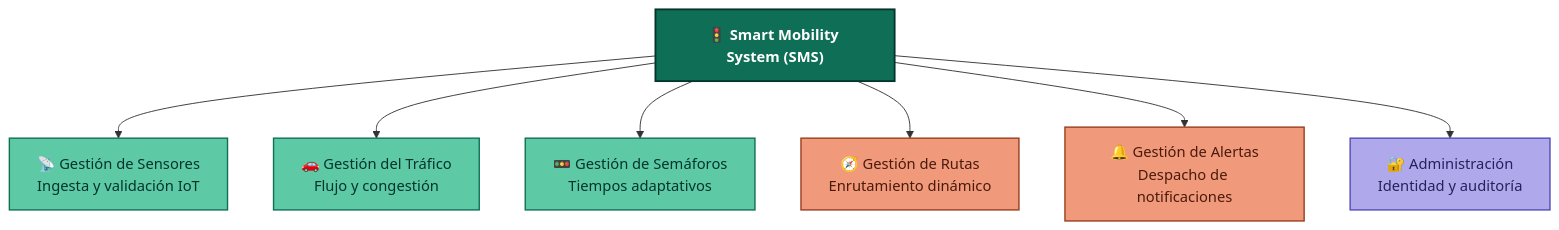
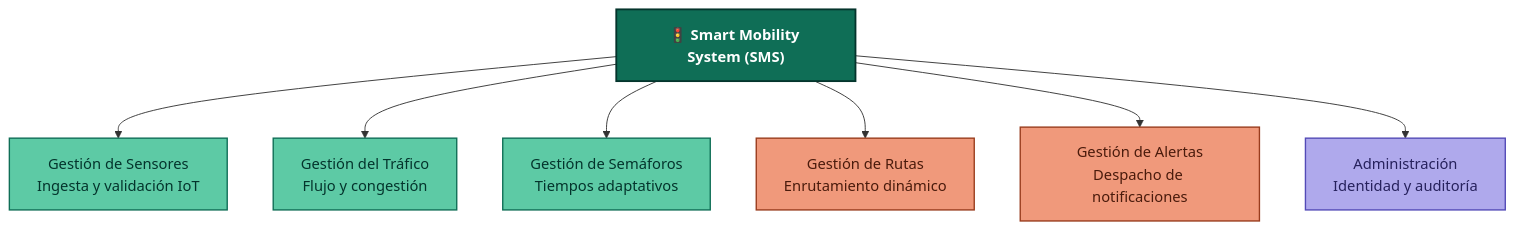
The diagram in docs/docs_fase1-requisitos.md (JhonathanMusa/smart-mobility-system), drawn with Mermaid before and after one commit. The commit also changed 1 other file, not shown here.

````diff
--- a/docs/docs_fase1-requisitos.md
+++ b/docs/docs_fase1-requisitos.md
@@ -7,24 +7,24 @@
 ```mermaid
 flowchart TD
     SMS["🚦 Smart Mobility System (SMS)"]
 
-    SMS --> MGS["📡 Gestión de Sensores\nIngesta y validación IoT"]
-    SMS --> MGT["🚗 Gestión del Tráfico\nFlujo y congestión"]
-    SMS --> MGSem["🚥 Gestión de Semáforos\nTiempos adaptativos"]
-    SMS --> MGR["🧭 Gestión de Rutas\nEnrutamiento dinámico"]
-    SMS --> MGA["🔔 Gestión de Alertas\nDespacho de notificaciones"]
-    SMS --> MAS["🔐 Administración\nIdentidad y auditoría"]
+    SMS --> MGS["Gestión de Sensores\nIngesta y validación IoT"]
+    SMS --> MGT["Gestión del Tráfico\nFlujo y congestión"]
+    SMS --> MGSem["Gestión de Semáforos\nTiempos adaptativos"]
+    SMS --> MGR["Gestión de Rutas\nEnrutamiento dinámico"]
+    SMS --> MGA["Gestión de Alertas\nDespacho de notificaciones"]
+    SMS --> MAS["Administración\nIdentidad y auditoría"]
 
     classDef hub fill:#0F6E56,stroke:#04342C,stroke-width:2px,color:#FFFFFF,font-weight:bold;
     classDef core fill:#5DCAA5,stroke:#0F6E56,stroke-width:1.5px,color:#04342C;
     classDef user fill:#F0997B,stroke:#993C1D,stroke-width:1.5px,color:#4A1B0C;
     classDef admin fill:#AFA9EC,stroke:#534AB7,stroke-width:1.5px,color:#26215C;
 
     class SMS hub
     class MGS core
     class MGT core
     class MGSem core
     class MGR user
     class MGA user
     class MAS admin
 ```
````
